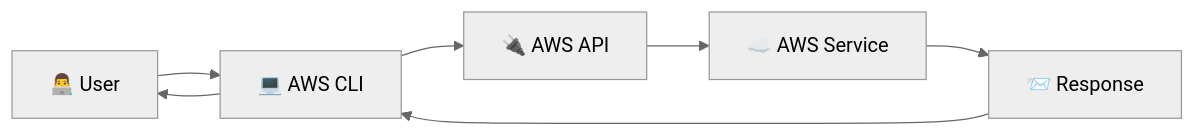
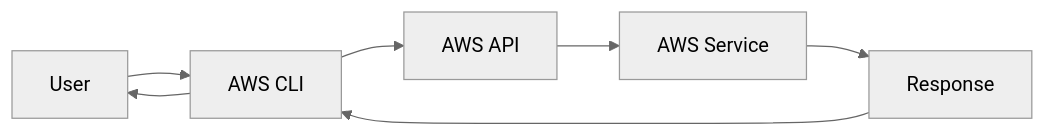
Before and after one commit to Yuvii2102/My-Devops-Cloud-Journey: diagram 14 of 31 in DevOps-Labs-and-Projects/ Day-01 to Day-06/README.md, drawn with Mermaid (neutral theme). The commit also changed other lines of this file, not shown here.

````diff
--- a/DevOps-Labs-and-Projects/ Day-01 to Day-06/README.md
+++ b/DevOps-Labs-and-Projects/ Day-01 to Day-06/README.md
@@ -479,15 +359,9 @@
 ```mermaid
 flowchart LR
-    USER["👨‍💻 User"]
-    CLI["💻 AWS CLI"]
-    API["🔌 AWS API"]
-    SERVICE["☁️ AWS Service"]
-    RESPONSE["📨 Response"]
-
-    USER --> CLI
-    CLI --> API
-    API --> SERVICE
-    SERVICE --> RESPONSE
-    RESPONSE --> CLI
-    CLI --> USER
+    U["User"] --> CLI["AWS CLI"]
+    CLI --> API["AWS API"]
+    API --> AWS["AWS Service"]
+    AWS --> R["Response"]
+    R --> CLI
+    CLI --> U
 ```
````
